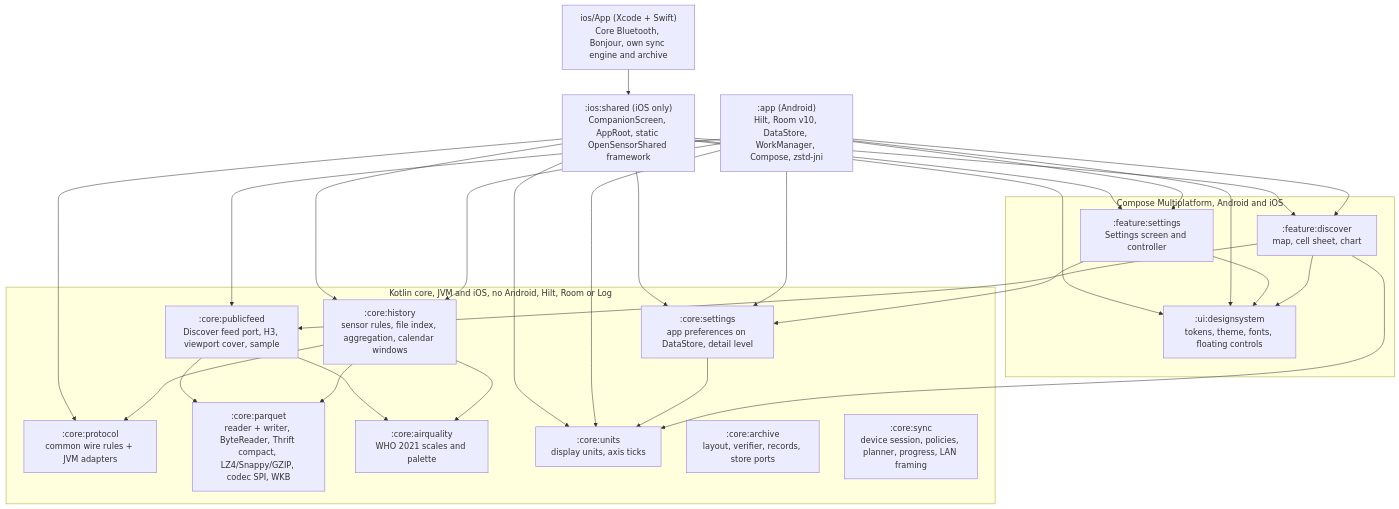
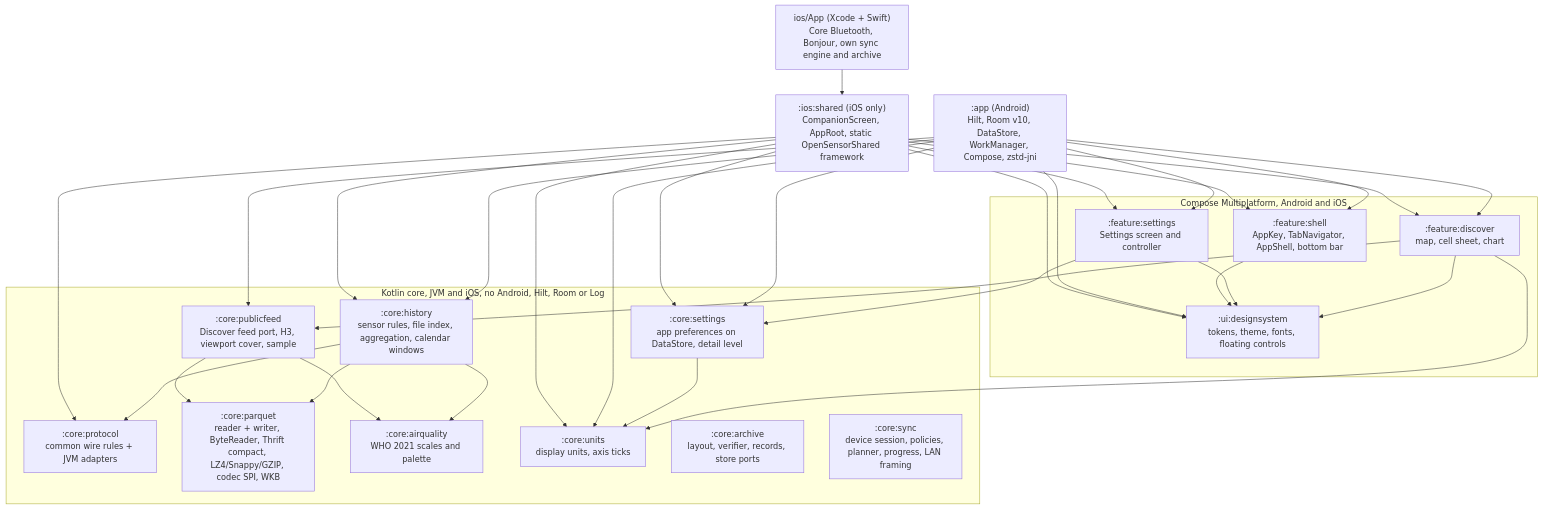
Before and after one commit to walkthru-earth/opensensor-space-mobile: the first of 3 diagrams in docs/architecture.md, drawn with Mermaid. The commit also changed other lines of this file and 1 other file, not shown here.

Commit message:
Document the shared shell in screens and architecture

````diff
--- a/docs/architecture.md
+++ b/docs/architecture.md
@@ -9,30 +9,32 @@
 ```mermaid
 flowchart TB
   subgraph core["Kotlin core, JVM and iOS, no Android, Hilt, Room or Log"]
     PR[":core:protocol<br/>common wire rules + JVM adapters"]
     PQ[":core:parquet<br/>reader + writer, ByteReader, Thrift compact, LZ4/Snappy/GZIP, codec SPI, WKB"]
     AQ[":core:airquality<br/>WHO 2021 scales and palette"]
     HI[":core:history<br/>sensor rules, file index, aggregation, calendar windows"]
     PF[":core:publicfeed<br/>Discover feed port, H3, viewport cover, sample"]
     UN[":core:units<br/>display units, axis ticks"]
     AR1[":core:archive<br/>layout, verifier, records, store ports"]
     SE[":core:settings<br/>app preferences on DataStore, detail level"]
     SY1[":core:sync<br/>device session, policies, planner, progress, LAN framing"]
   end
   subgraph ui["Compose Multiplatform, Android and iOS"]
     DS[":ui:designsystem<br/>tokens, theme, fonts, floating controls"]
     DI[":feature:discover<br/>map, cell sheet, chart"]
     FS[":feature:settings<br/>Settings screen and controller"]
+    SH[":feature:shell<br/>AppKey, TabNavigator, AppShell, bottom bar"]
   end
   APP[":app (Android)<br/>Hilt, Room v10, DataStore, WorkManager, Compose, zstd-jni"]
   IOS["ios/App (Xcode + Swift)<br/>Core Bluetooth, Bonjour, own sync engine and archive"]
   IS[":ios:shared (iOS only)<br/>CompanionScreen, AppRoot, static OpenSensorShared framework"]
   HI --> PQ & PR & AQ
   PF --> PQ & AQ
   DI --> PF & UN & DS
   SE --> UN
   FS --> SE & DS
-  APP --> HI & PF & UN & DI & DS & SE & FS
-  IS --> HI & PR & UN & DI & DS & SE & FS
+  SH --> DS
+  APP --> HI & PF & UN & DI & DS & SE & FS & SH
+  IS --> HI & PR & UN & DI & DS & SE & FS & SH
   IOS --> IS
 ```
````
